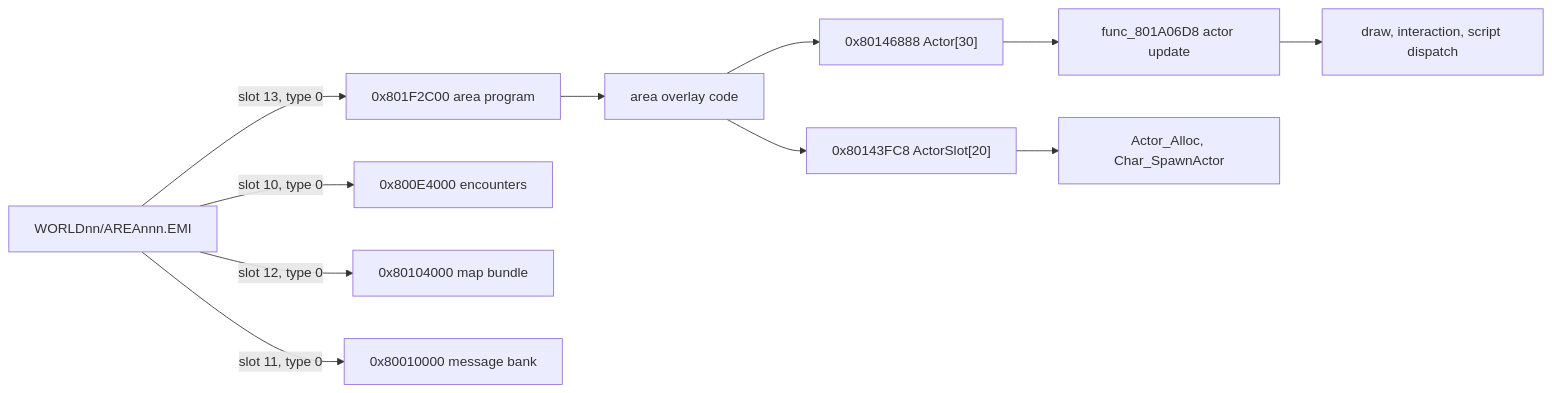
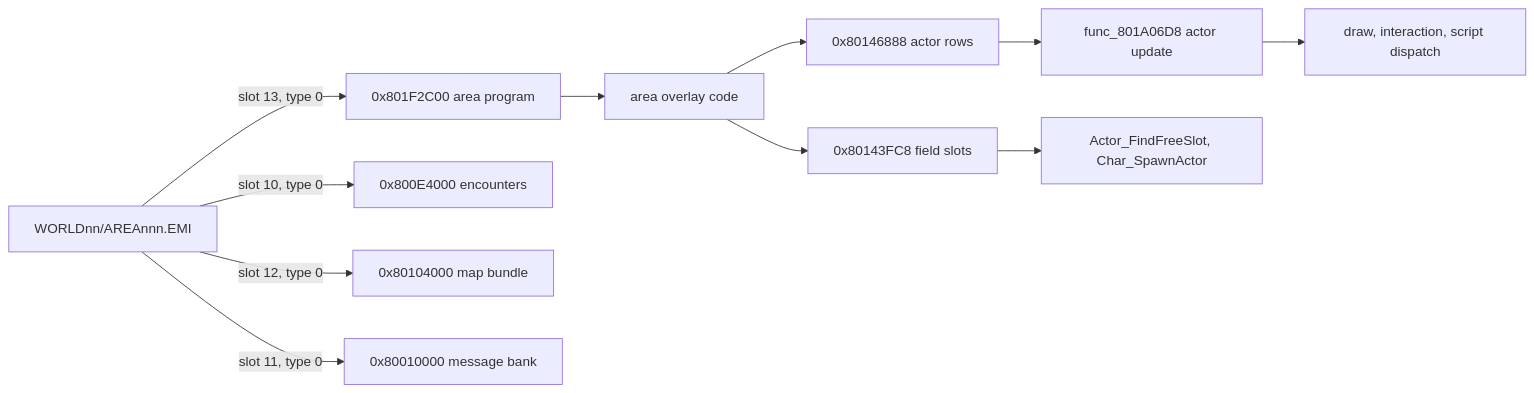
One commit to kerokline/bof3-wiki changed the diagram in src/game/field.md. Above: the diagram before and after it, drawn with Mermaid. The commit also changed other lines of this file, not shown here.

Commit message:
docs(wiki): rewrite field and party records

````diff
--- a/src/game/field.md
+++ b/src/game/field.md
@@ -31,13 +39,13 @@
 ```mermaid
 flowchart LR
     A["WORLDnn/AREAnnn.EMI"] -->|"slot 13, type 0"| B["0x801F2C00 area program"]
     A -->|"slot 10, type 0"| C["0x800E4000 encounters"]
     A -->|"slot 12, type 0"| D["0x80104000 map bundle"]
     A -->|"slot 11, type 0"| E["0x80010000 message bank"]
     B --> F["area overlay code"]
-    F --> G["0x80146888 Actor[30]"]
-    F --> H["0x80143FC8 ActorSlot[20]"]
+    F --> G["0x80146888 actor rows"]
+    F --> H["0x80143FC8 field slots"]
     G --> I["func_801A06D8 actor update"]
-    H --> J["Actor_Alloc, Char_SpawnActor"]
+    H --> J["Actor_FindFreeSlot, Char_SpawnActor"]
     I --> K["draw, interaction, script dispatch"]
 ```
````
